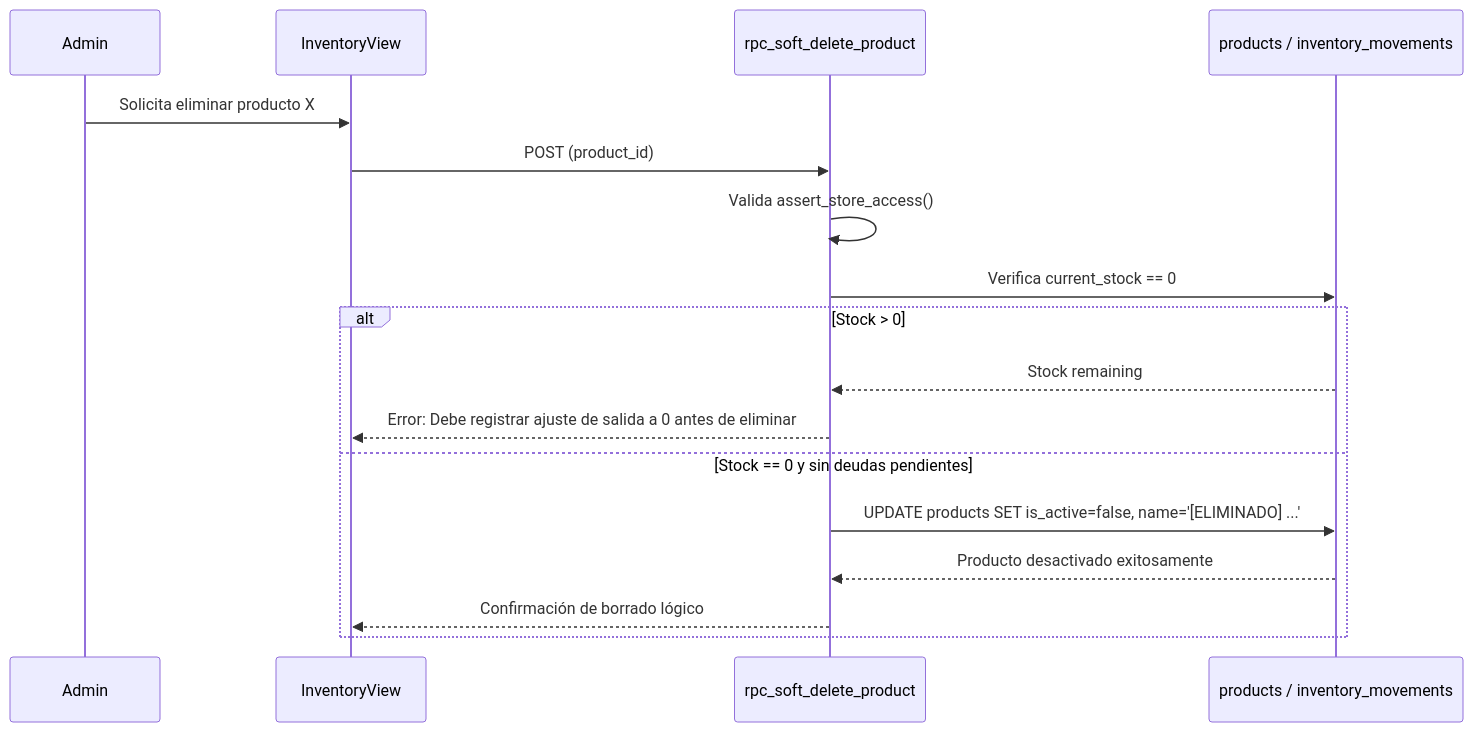
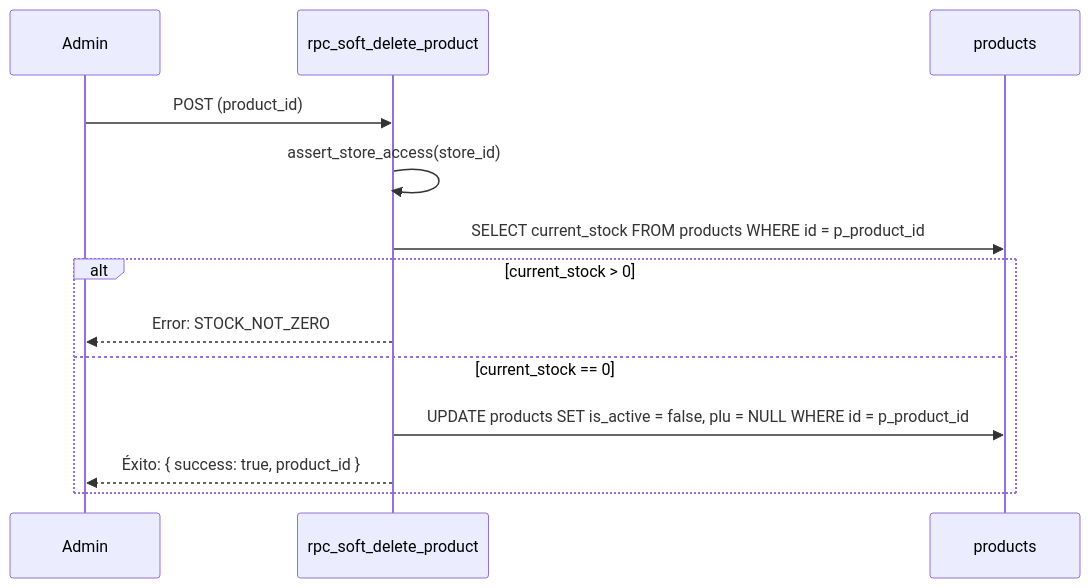
Before and after one commit to YamirJCF/tienda-barrio-pro: the second of 4 diagrams in documentation/01_requirements/SDD/SDD_006_NUCLEO_INVENTARIO_PADRE.md, drawn with Mermaid. The commit also changed other lines of this file and 5 other files, not shown here.

````diff
--- a/documentation/01_requirements/SDD/SDD_006_NUCLEO_INVENTARIO_PADRE.md
+++ b/documentation/01_requirements/SDD/SDD_006_NUCLEO_INVENTARIO_PADRE.md
@@ -44,20 +80,16 @@
 ```mermaid
 sequenceDiagram
     participant Admin
-    participant UI as InventoryView
     participant RPC as rpc_soft_delete_product
-    participant DB as products / inventory_movements
+    participant P as products
 
-    Admin->>UI: Solicita eliminar producto X
-    UI->>RPC: POST (product_id)
-    RPC->>RPC: Valida assert_store_access()
-    RPC->>DB: Verifica current_stock == 0
-    alt Stock > 0
-        DB-->>RPC: Stock remaining
-        RPC-->>UI: Error: Debe registrar ajuste de salida a 0 antes de eliminar
-    else Stock == 0 y sin deudas pendientes
-        RPC->>DB: UPDATE products SET is_active=false, name='[ELIMINADO] ...'
-        DB-->>RPC: Producto desactivado exitosamente
-        RPC-->>UI: Confirmación de borrado lógico
+    Admin->>RPC: POST (product_id)
+    RPC->>RPC: assert_store_access(store_id)
+    RPC->>P: SELECT current_stock FROM products WHERE id = p_product_id
+    alt current_stock > 0
+        RPC-->>Admin: Error: STOCK_NOT_ZERO
+    else current_stock == 0
+        RPC->>P: UPDATE products SET is_active = false, plu = NULL WHERE id = p_product_id
+        RPC-->>Admin: Éxito: { success: true, product_id }
     end
 ```
````
